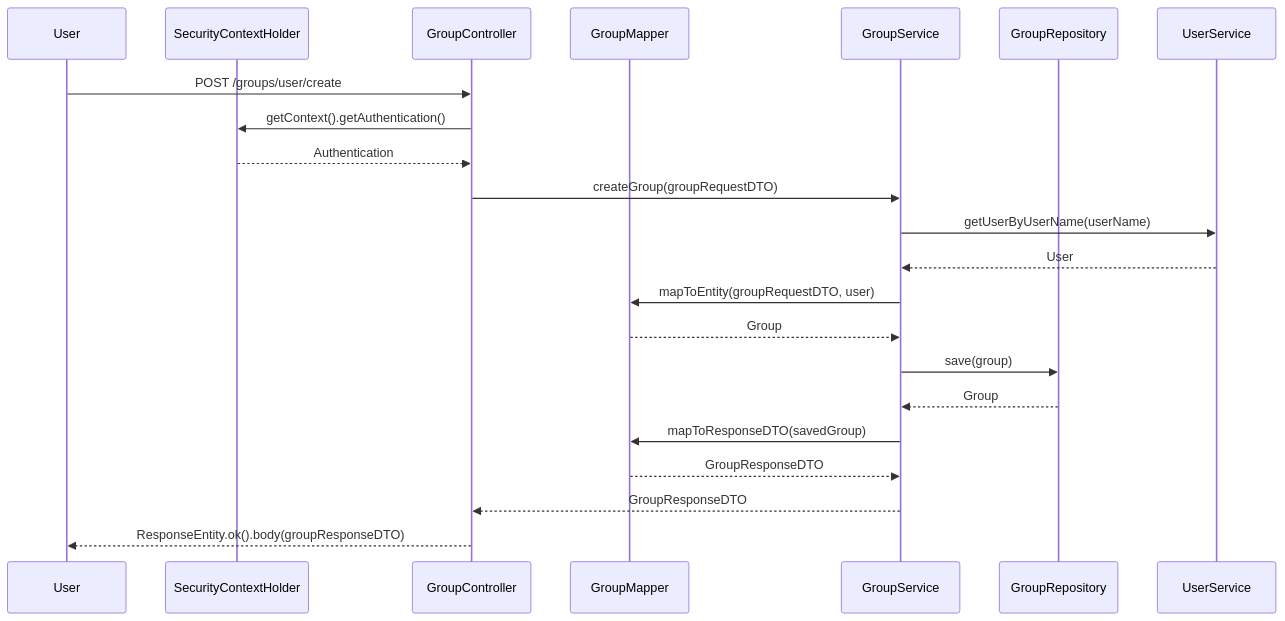
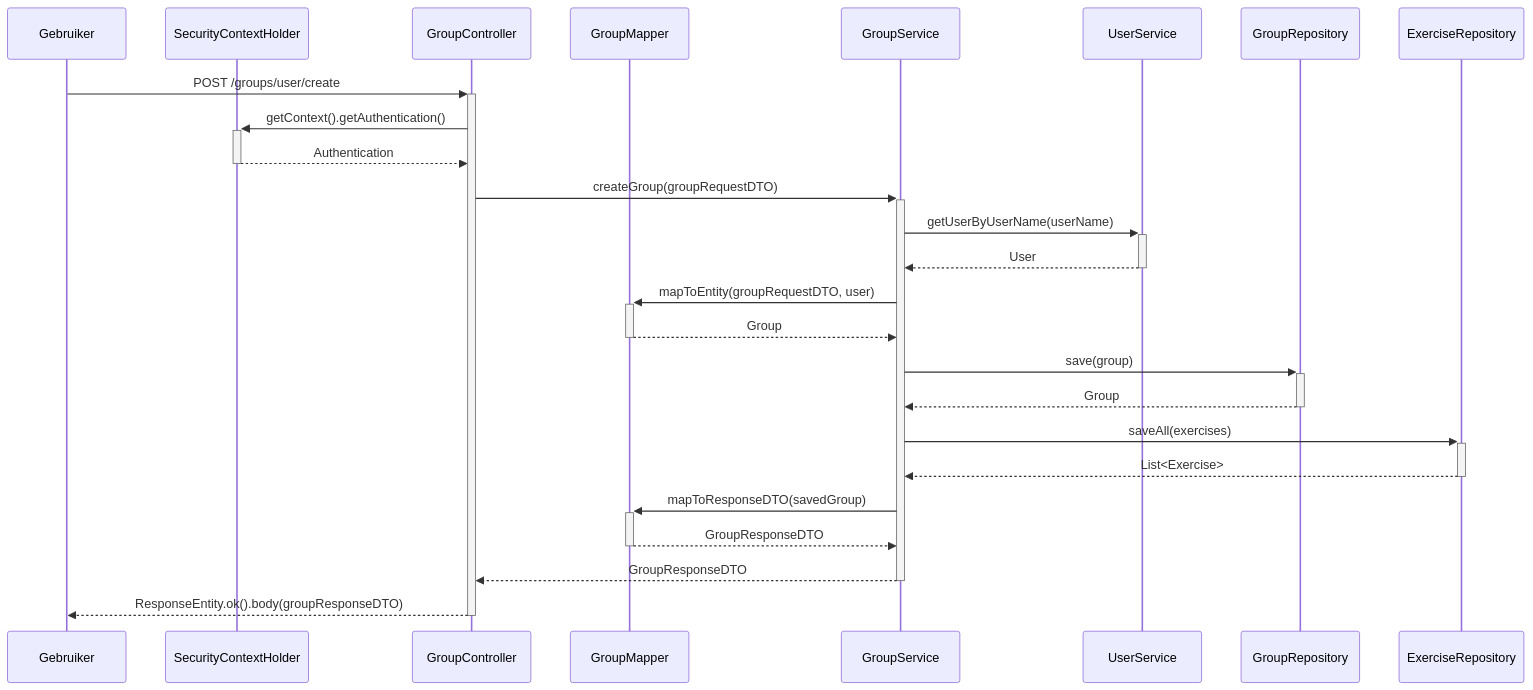
One commit to Danielooo/language-learner-backend changed the diagram in src/main/resources/diagrams/sequence-diagram-createGroup.md. Above: the diagram before and after it, drawn with Mermaid. The commit also changed other lines of this file and 8 other files, not shown here.

````diff
--- a/src/main/resources/diagrams/sequence-diagram-createGroup.md
+++ b/src/main/resources/diagrams/sequence-diagram-createGroup.md
@@ -1,26 +3,28 @@
 ```mermaid
 sequenceDiagram
-    participant User
+    participant Gebruiker
     participant SecurityContextHolder
     participant GroupController
     participant GroupMapper
     participant GroupService
+    participant UserService
     participant GroupRepository
-    participant UserService
+    participant ExerciseRepository
 
-    User->>GroupController: POST /groups/user/create
-    GroupController->>SecurityContextHolder: getContext().getAuthentication()
-    SecurityContextHolder-->>GroupController: Authentication
-    GroupController->>GroupService: createGroup(groupRequestDTO)
-    GroupService->>UserService: getUserByUserName(userName)
-    UserService-->>GroupService: User
-    GroupService->>GroupMapper: mapToEntity(groupRequestDTO, user)
-    GroupMapper-->>GroupService: Group
-    GroupService->>GroupRepository: save(group)
-    GroupRepository-->>GroupService: Group
-    GroupService->>GroupMapper: mapToResponseDTO(savedGroup)
-    GroupMapper-->>GroupService: GroupResponseDTO
-    GroupService-->>GroupController: GroupResponseDTO
-    GroupController-->>User: ResponseEntity.ok().body(groupResponseDTO)
-
+    Gebruiker->>+GroupController: POST /groups/user/create
+    GroupController->>+SecurityContextHolder: getContext().getAuthentication()
+    SecurityContextHolder-->>-GroupController: Authentication
+    GroupController->>+GroupService: createGroup(groupRequestDTO)
+    GroupService->>+UserService: getUserByUserName(userName)
+    UserService-->>-GroupService: User
+    GroupService->>+GroupMapper: mapToEntity(groupRequestDTO, user)
+    GroupMapper-->>-GroupService: Group
+    GroupService->>+GroupRepository: save(group)
+    GroupRepository-->>-GroupService: Group
+    GroupService->>+ExerciseRepository: saveAll(exercises)
+    ExerciseRepository-->>-GroupService: List<Exercise>
+    GroupService->>+GroupMapper: mapToResponseDTO(savedGroup)
+    GroupMapper-->>-GroupService: GroupResponseDTO
+    GroupService-->>-GroupController: GroupResponseDTO
+    GroupController-->>-Gebruiker: ResponseEntity.ok().body(groupResponseDTO)
 ```
````
